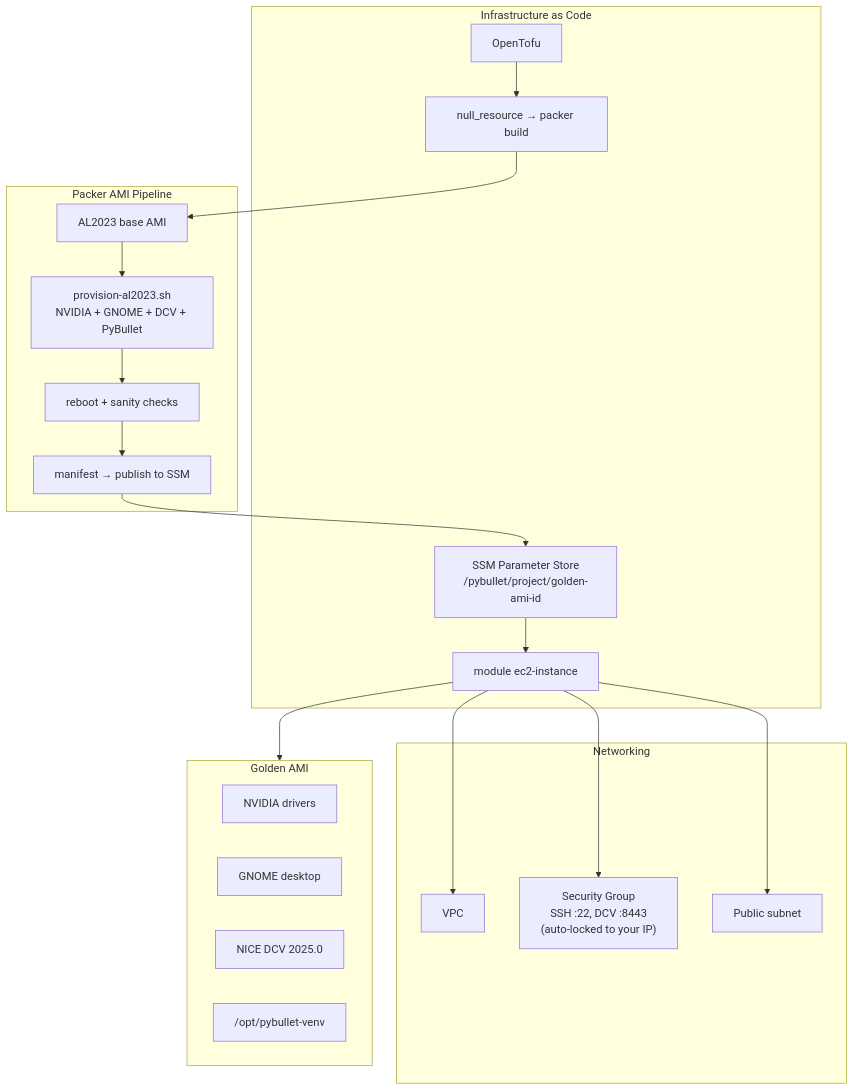
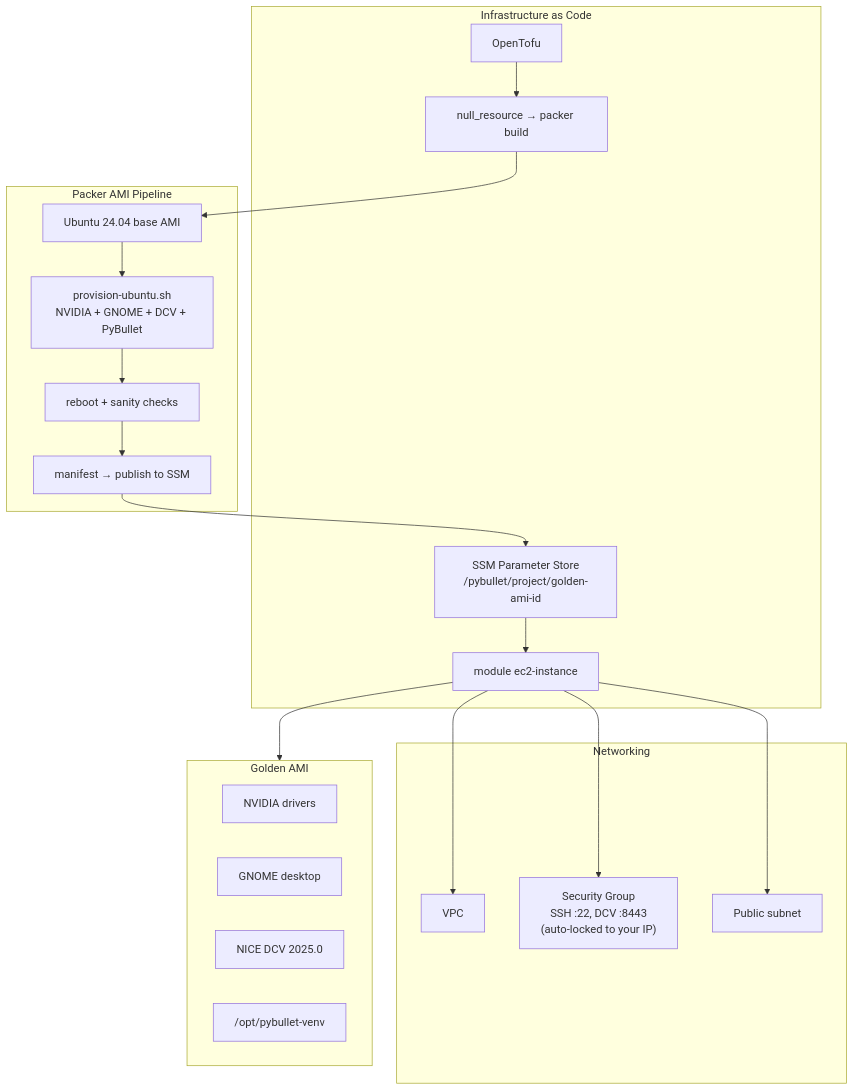
Before and after one commit to rubencg195/aws-pybullet-environment: the fourth of 4 diagrams in README.md, drawn with Mermaid. The commit also changed other lines of this file and 6 other files, not shown here.

````diff
--- a/README.md
+++ b/README.md
@@ -79,41 +79,41 @@
 ```mermaid
 flowchart TB
   subgraph iac["Infrastructure as Code"]
     OT["OpenTofu"]
     NR["null_resource → packer build"]
     SSM["SSM Parameter Store\n/pybullet/project/golden-ami-id"]
     MOD["module ec2-instance"]
   end
 
   subgraph packer["Packer AMI Pipeline"]
-    SRC["AL2023 base AMI"]
-    PROV["provision-al2023.sh\nNVIDIA + GNOME + DCV + PyBullet"]
+    SRC["Ubuntu 24.04 base AMI"]
+    PROV["provision-ubuntu.sh\nNVIDIA + GNOME + DCV + PyBullet"]
     REBOOT["reboot + sanity checks"]
     POST["manifest → publish to SSM"]
   end
 
   subgraph net["Networking"]
     VPC["VPC"]
     SG["Security Group\nSSH :22, DCV :8443\n(auto-locked to your IP)"]
     SN["Public subnet"]
   end
 
   subgraph ami["Golden AMI"]
     NV["NVIDIA drivers"]
     GN["GNOME desktop"]
     DCVS["NICE DCV 2025.0"]
     VENV["/opt/pybullet-venv"]
   end
 
   OT --> NR
   NR --> SRC
   SRC --> PROV
   PROV --> REBOOT
   REBOOT --> POST
   POST --> SSM
   SSM --> MOD
   MOD --> VPC
   MOD --> SG
   MOD --> SN
   MOD --> ami
 ```
````
